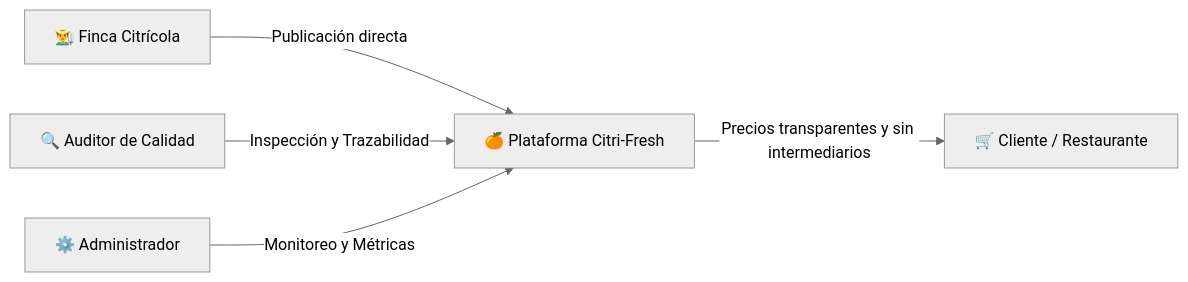
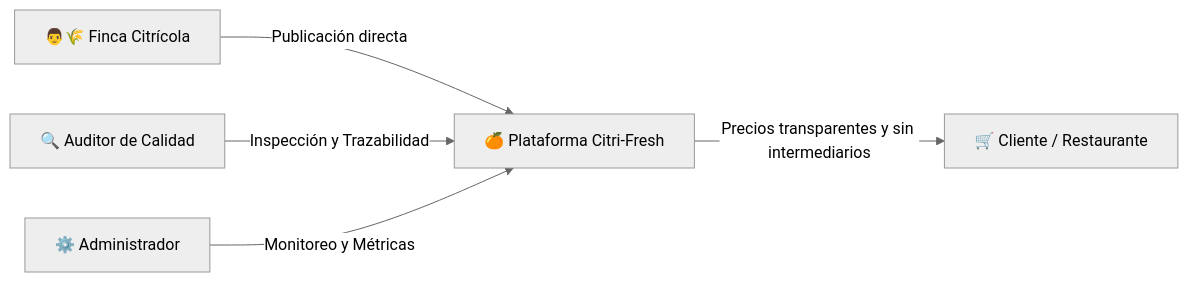
The first of 3 diagrams in README.md (Citri-Coders/Citri-Fresh), drawn with Mermaid (neutral theme) before and after one commit. The commit also changed other lines of this file, not shown here.

````diff
--- a/README.md
+++ b/README.md
@@ -46,7 +48,7 @@
 ```mermaid
 graph LR
-    Finca[👨‍🌾 Finca Citrícola] -->|Publicación directa| Plataforma[🍊 Plataforma Citri-Fresh]
+    Finca[👨🌾 Finca Citrícola] -->|Publicación directa| Plataforma[🍊 Plataforma Citri-Fresh]
     Auditor[🔍 Auditor de Calidad] -->|Inspección y Trazabilidad| Plataforma
     Plataforma -->|Precios transparentes y sin intermediarios| Comprador[🛒 Cliente / Restaurante]
     Admin[⚙️ Administrador] -->|Monitoreo y Métricas| Plataforma
 ```
````
